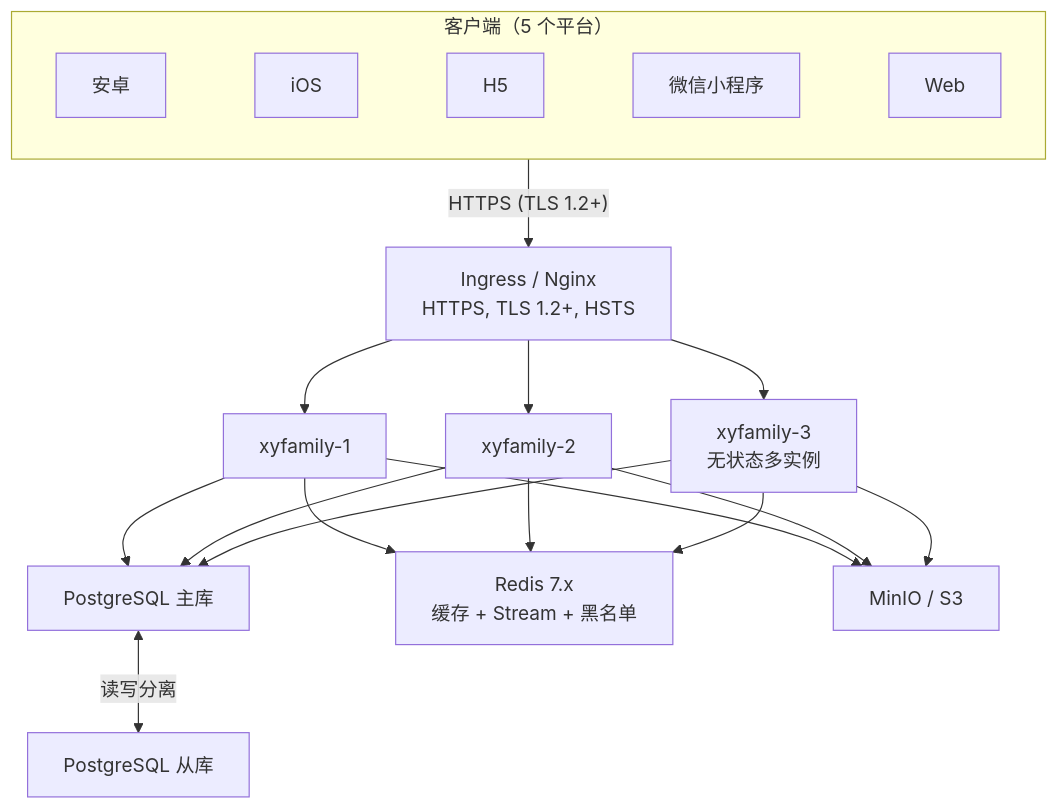
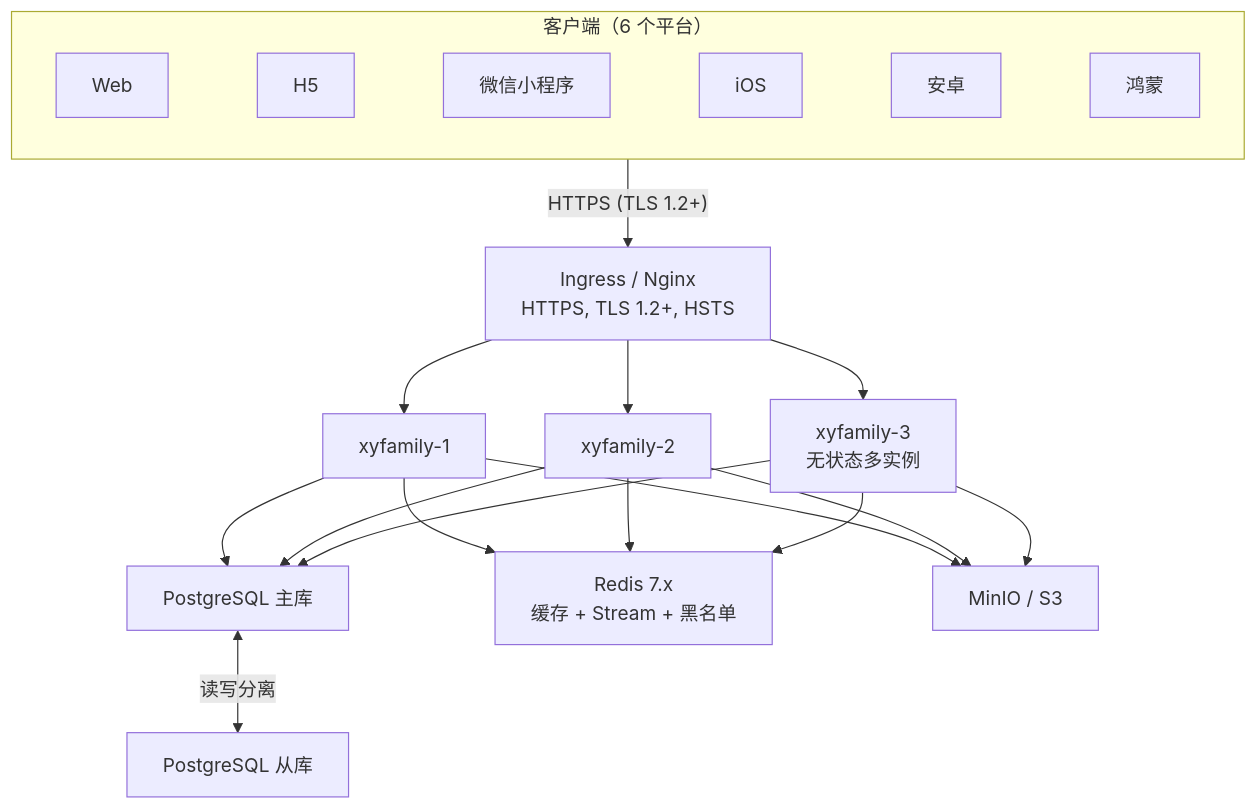
The third of 3 diagrams in wiki/03-架构与方案设计/01-基座/01-整体架构设计.md (huangsf89757/XYFamily), drawn with Mermaid before and after one commit. The commit also changed other lines of this file and 388 other files, not shown here.

````diff
--- a/wiki/03-架构与方案设计/01-基座/01-整体架构设计.md
+++ b/wiki/03-架构与方案设计/01-基座/01-整体架构设计.md
@@ -178,29 +180,29 @@
 ```mermaid
 graph TB
-    subgraph Client["客户端（5 个平台）"]
+    subgraph Client["客户端（6 个平台）"]
         direction LR
-        D1["安卓"] ~~~ D2["iOS"] ~~~ D3["H5"] ~~~ D4["微信小程序"] ~~~ D5["Web"]
+        D1["Web"] ~~~ D2["H5"] ~~~ D3["微信小程序"] ~~~ D4["iOS"] ~~~ D5["安卓"] ~~~ D6["鸿蒙"]
     end
 
     Client -->|"HTTPS (TLS 1.2+)"| Ing
 
     Ing["Ingress / Nginx<br/>HTTPS, TLS 1.2+, HSTS"]
 
     Ing --> X1["xyfamily-1"]
     Ing --> X2["xyfamily-2"]
     Ing --> X3["xyfamily-3<br/>无状态多实例"]
 
     X1 --> PG_M["PostgreSQL 主库"]
     X2 --> PG_M
     X3 --> PG_M
 
     PG_M <-->|"读写分离"| PG_S["PostgreSQL 从库"]
 
     X1 --> RD["Redis 7.x<br/>缓存 + Stream + 黑名单"]
     X2 --> RD
     X3 --> RD
 
     X1 --> MN["MinIO / S3"]
     X2 --> MN
     X3 --> MN
 ```
````
